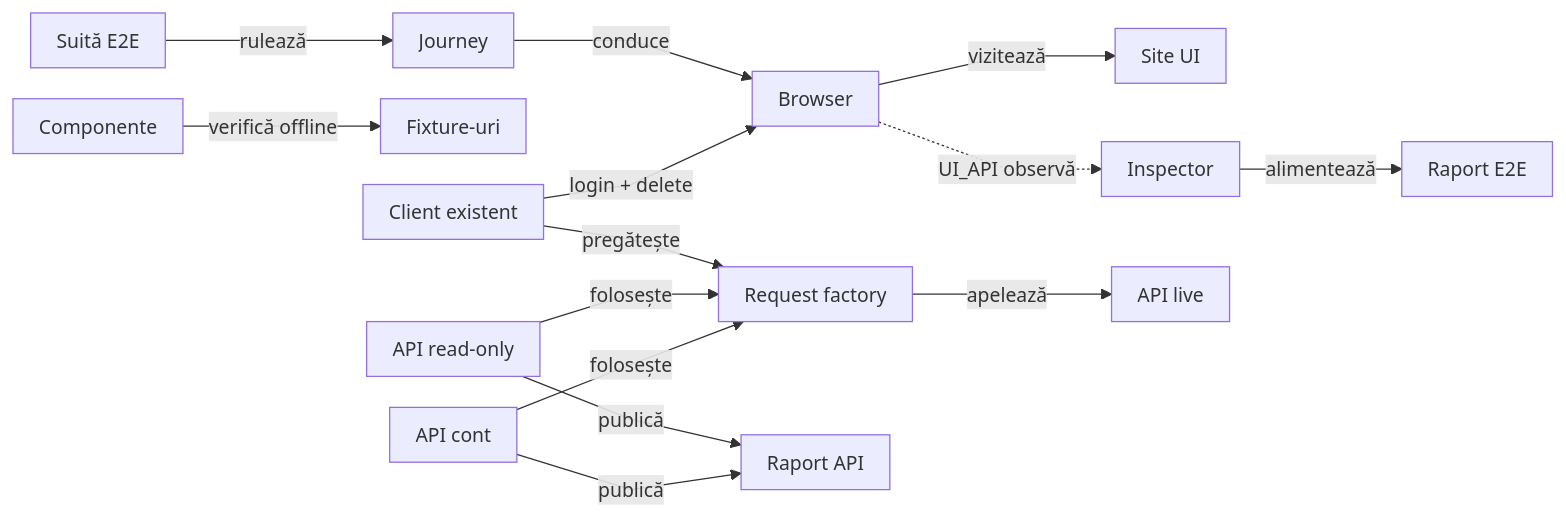
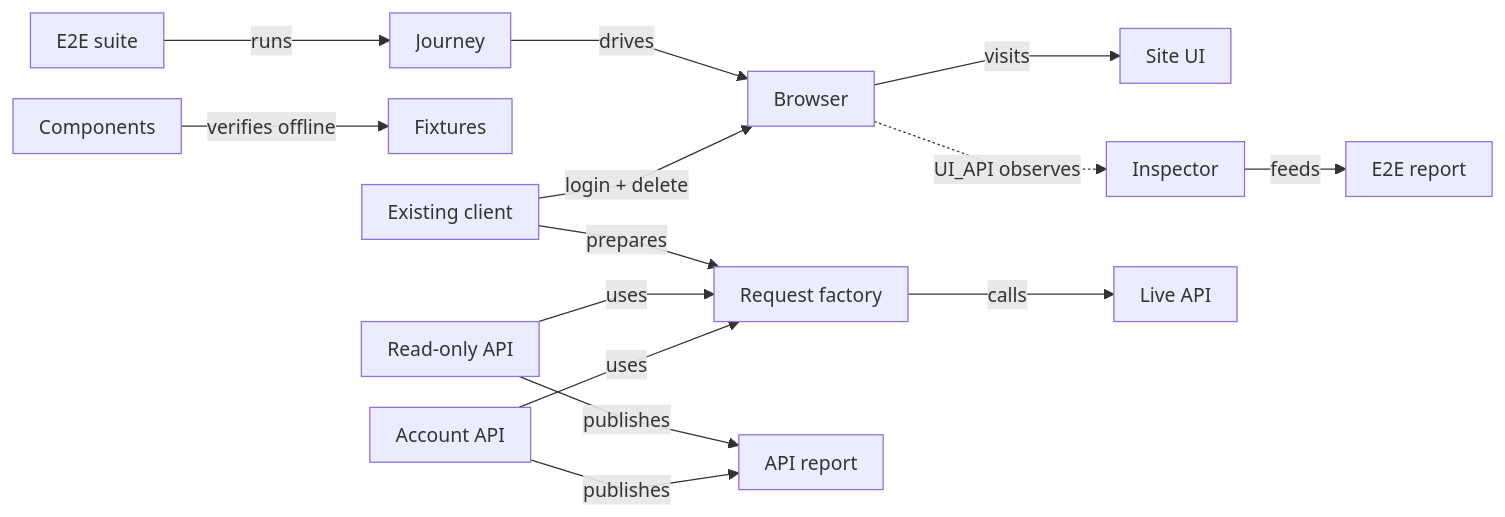
Before and after one commit to crististefanita/atf_j0: the eighth of 14 diagrams in atf-test-auto-ex/README.md, drawn with Mermaid. The commit also changed other lines of this file and 113 other files, not shown here.

````diff
--- a/atf-test-auto-ex/README.md
+++ b/atf-test-auto-ex/README.md
@@ -1051,17 +1104,17 @@
 ```mermaid
 %%{init: {"themeVariables":{"fontSize":"15px"},"themeCSS":".nodeLabel, .nodeLabel p { font-size: 15px !important; line-height: 1.35 !important; } .edgeLabel, .edgeLabel p { font-size: 12px !important; font-weight: 400 !important; line-height: 1.2 !important; } .edgeLabel .labelBkg, .edgeLabel p { background: transparent !important; } .edgeLabel foreignObject { transform: translateY(-28px); overflow: visible; } .node rect { rx: 6px; ry: 6px; } .edgeLabel [data-id=\"L_Existing_Factory_0\"] foreignObject { transform: translate(0px, -18px); } .edgeLabel [data-id=\"L_ReadOnly_Factory_0\"] foreignObject { transform: translate(0px, -18px); } .edgeLabel [data-id=\"L_AccountApi_Factory_0\"] foreignObject { transform: translate(0px, -18px); } .edgeLabel [data-id=\"L_ReadOnly_ApiReport_0\"] foreignObject { transform: translate(0px, -18px); } .edgeLabel [data-id=\"L_AccountApi_ApiReport_0\"] foreignObject { transform: translate(0px, -18px); }","flowchart":{"curve":"linear","nodeSpacing":24,"rankSpacing":40,"padding":10,"diagramPadding":24}}}%%
 flowchart LR
-    E2E["Suită E2E"] -->|rulează| Journey["Journey"]
-    Journey -->|conduce| Browser["Browser"]
-    Browser -->|vizitează| Site["Site UI"]
-    Browser -.->|UI_API observă| Inspector["Inspector"]
-    Inspector -->|alimentează| UiReport["Raport E2E"]
-    Components["Componente"] -->|verifică offline| Fixtures["Fixture-uri"]
-    Existing["Client existent"] -->|pregătește| Factory
+    E2E["E2E suite"] -->|runs| Journey["Journey"]
+    Journey -->|drives| Browser["Browser"]
+    Browser -->|visits| Site["Site UI"]
+    Browser -.->|UI_API observes| Inspector["Inspector"]
+    Inspector -->|feeds| UiReport["E2E report"]
+    Components["Components"] -->|verifies offline| Fixtures["Fixtures"]
+    Existing["Existing client"] -->|prepares| Factory
     Existing -->|login + delete| Browser
-    ReadOnly["API read-only"] -->|folosește| Factory["Request factory"]
-    AccountApi["API cont"] -->|folosește| Factory
-    Factory -->|apelează| Api["API live"]
-    ReadOnly -->|publică| ApiReport["Raport API"]
-    AccountApi -->|publică| ApiReport
+    ReadOnly["Read-only API"] -->|uses| Factory["Request factory"]
+    AccountApi["Account API"] -->|uses| Factory
+    Factory -->|calls| Api["Live API"]
+    ReadOnly -->|publishes| ApiReport["API report"]
+    AccountApi -->|publishes| ApiReport
 ```
````
